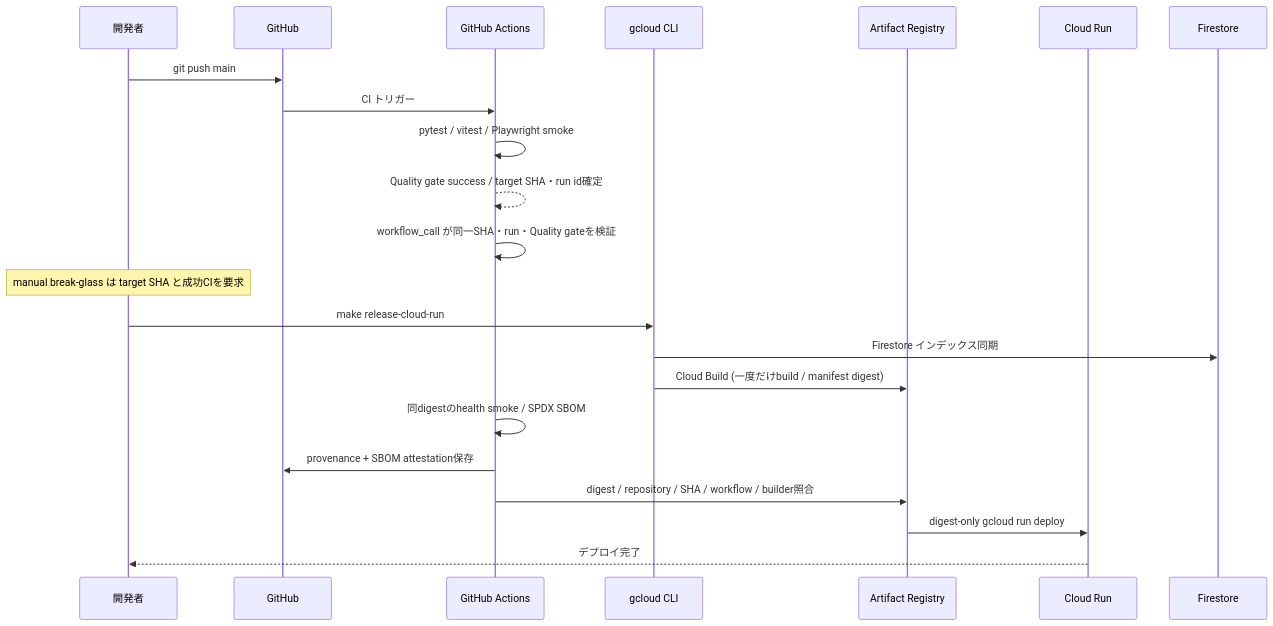
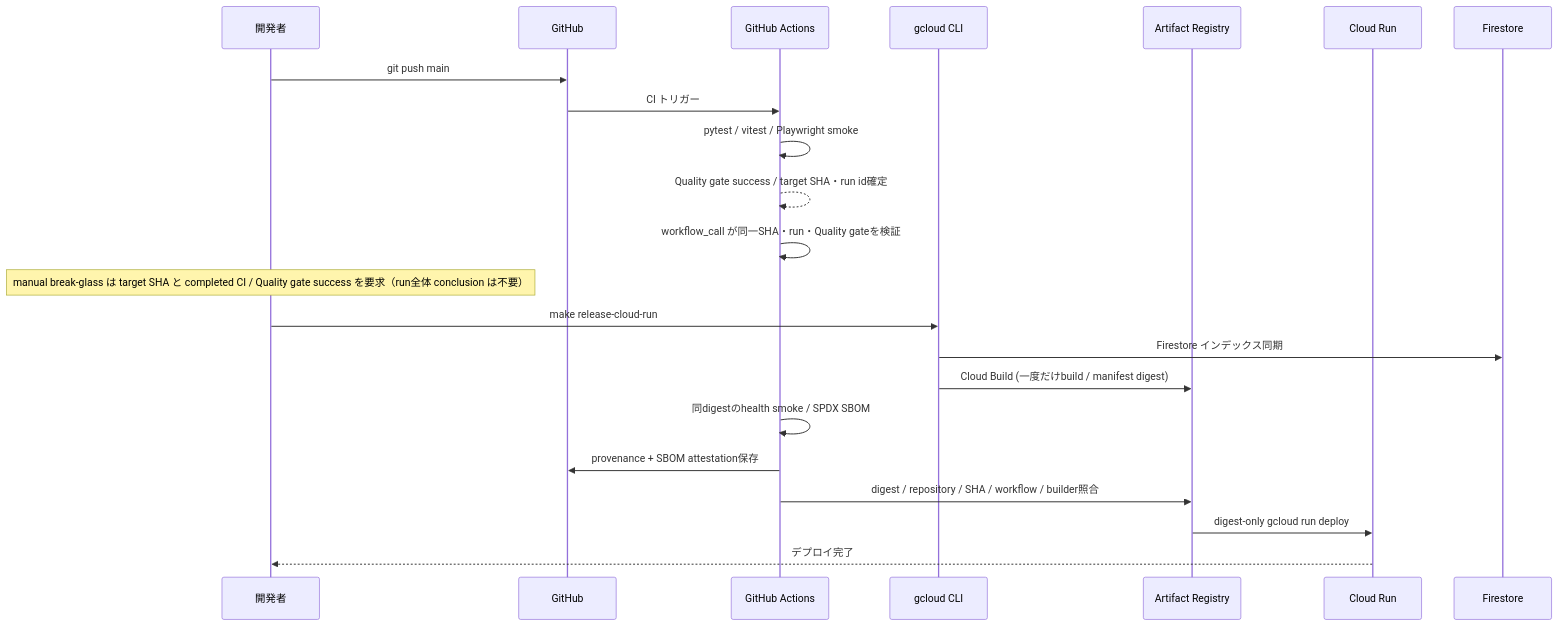
Before and after one commit to stillshore-chirp/wordpack-for-english: the fourth of 6 diagrams in docs/infrastructure.md, drawn with Mermaid. The commit also changed other lines of this file and 4 other files, not shown here.

````diff
--- a/docs/infrastructure.md
+++ b/docs/infrastructure.md
@@ -218,26 +218,26 @@
 ```mermaid
 sequenceDiagram
     participant Dev as 開発者
     participant GitHub as GitHub
     participant Actions as GitHub Actions
     participant GCloud as gcloud CLI
     participant AR as Artifact Registry
     participant CR as Cloud Run
     participant FS as Firestore
 
     Dev->>GitHub: git push main
     GitHub->>Actions: CI トリガー
     Actions->>Actions: pytest / vitest / Playwright smoke
     Actions-->>Actions: Quality gate success / target SHA・run id確定
     Actions->>Actions: workflow_call が同一SHA・run・Quality gateを検証
 
-    Note over Dev: manual break-glass は target SHA と成功CIを要求
+    Note over Dev: manual break-glass は target SHA と completed CI / Quality gate success を要求（run全体 conclusion は不要）
     Dev->>GCloud: make release-cloud-run
     GCloud->>FS: Firestore インデックス同期
     GCloud->>AR: Cloud Build (一度だけbuild / manifest digest)
     Actions->>Actions: 同digestのhealth smoke / SPDX SBOM
     Actions->>GitHub: provenance + SBOM attestation保存
     Actions->>AR: digest / repository / SHA / workflow / builder照合
     AR->>CR: digest-only gcloud run deploy
     CR-->>Dev: デプロイ完了
 ```
````
